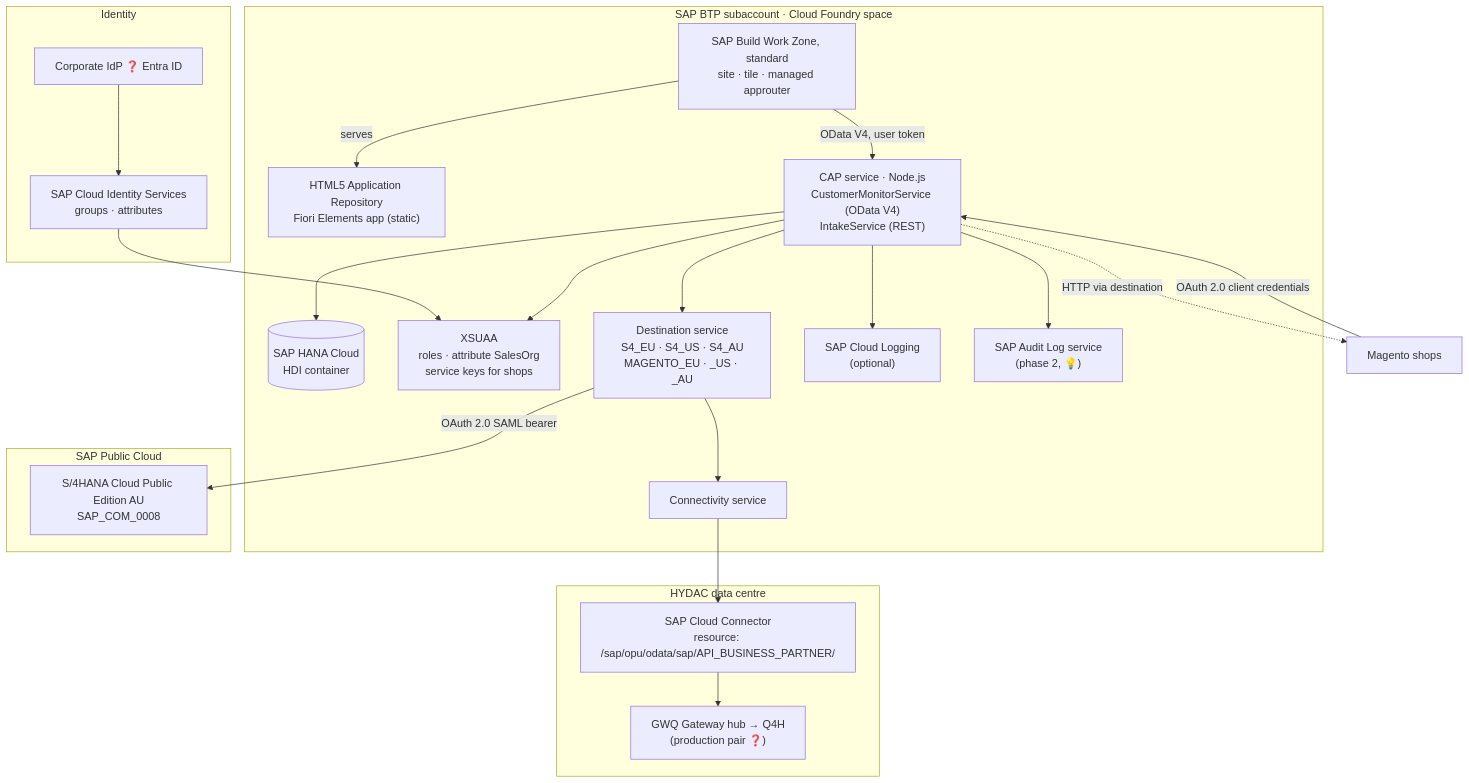
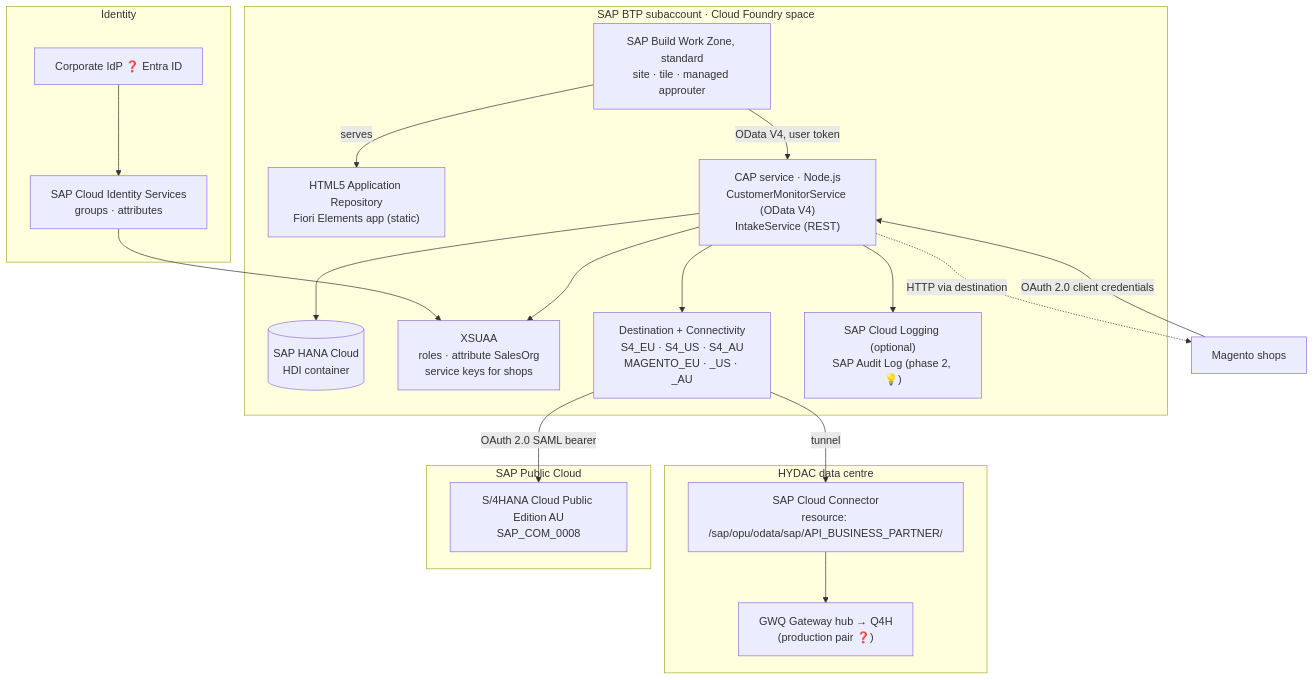
One commit to igorvorobevde/btp-cust-monitor changed the fourth of 16 diagrams in docs/12_solution_design.md. Above: the diagram before and after it, drawn with Mermaid. The commit also changed other lines of this file and 2 other files, not shown here.

First line of the commit message:
docs: Word version of the solution design (docs/12) with landscape pages for wide diagrams

````diff
--- a/docs/12_solution_design.md
+++ b/docs/12_solution_design.md
@@ -260,38 +260,35 @@
 ```mermaid
 flowchart TB
   subgraph IDENT["Identity"]
     IDP["Corporate IdP ❓ Entra ID"]
     IAS["SAP Cloud Identity Services<br/>groups · attributes"]
   end
   subgraph SUB["SAP BTP subaccount · Cloud Foundry space"]
     WZ["SAP Build Work Zone, standard<br/>site · tile · managed approuter"]
     HTML5["HTML5 Application Repository<br/>Fiori Elements app (static)"]
     SRV["CAP service · Node.js<br/>CustomerMonitorService (OData V4)<br/>IntakeService (REST)"]
     HDI[("SAP HANA Cloud<br/>HDI container")]
     XS["XSUAA<br/>roles · attribute SalesOrg<br/>service keys for shops"]
-    DST["Destination service<br/>S4_EU · S4_US · S4_AU<br/>MAGENTO_EU · _US · _AU"]
-    CON["Connectivity service"]
-    LOG["SAP Cloud Logging<br/>(optional)"]
-    AUD["SAP Audit Log service<br/>(phase 2, 💡)"]
+    DST["Destination + Connectivity<br/>S4_EU · S4_US · S4_AU<br/>MAGENTO_EU · _US · _AU"]
+    OBS["SAP Cloud Logging (optional)<br/>SAP Audit Log (phase 2, 💡)"]
   end
   subgraph ONPREM["HYDAC data centre"]
     CC["SAP Cloud Connector<br/>resource: /sap/opu/odata/sap/API_BUSINESS_PARTNER/"]
     GWQ["GWQ Gateway hub → Q4H<br/>(production pair ❓)"]
   end
   subgraph PUB["SAP Public Cloud"]
     PC["S/4HANA Cloud Public Edition AU<br/>SAP_COM_0008"]
   end
   MAG["Magento shops"]
   IDP --> IAS --> XS
   WZ -->|"serves"| HTML5
   WZ -->|"OData V4, user token"| SRV
   SRV --> HDI
   SRV --> XS
   SRV --> DST
-  SRV --> LOG
-  SRV --> AUD
-  DST --> CON --> CC --> GWQ
+  SRV --> OBS
+  DST -->|"tunnel"| CC --> GWQ
   DST -->|"OAuth 2.0 SAML bearer"| PC
   MAG -->|"OAuth 2.0 client credentials"| SRV
   SRV -.->|"HTTP via destination"| MAG
 ```
````
